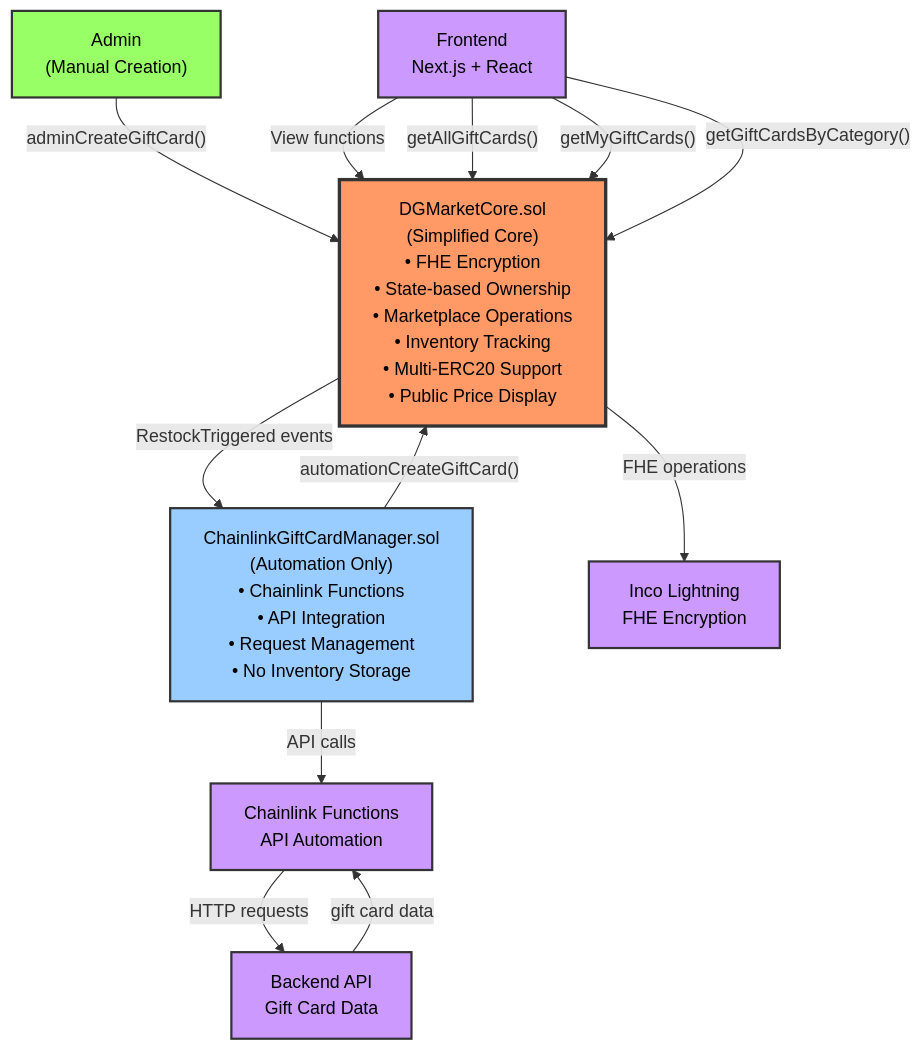
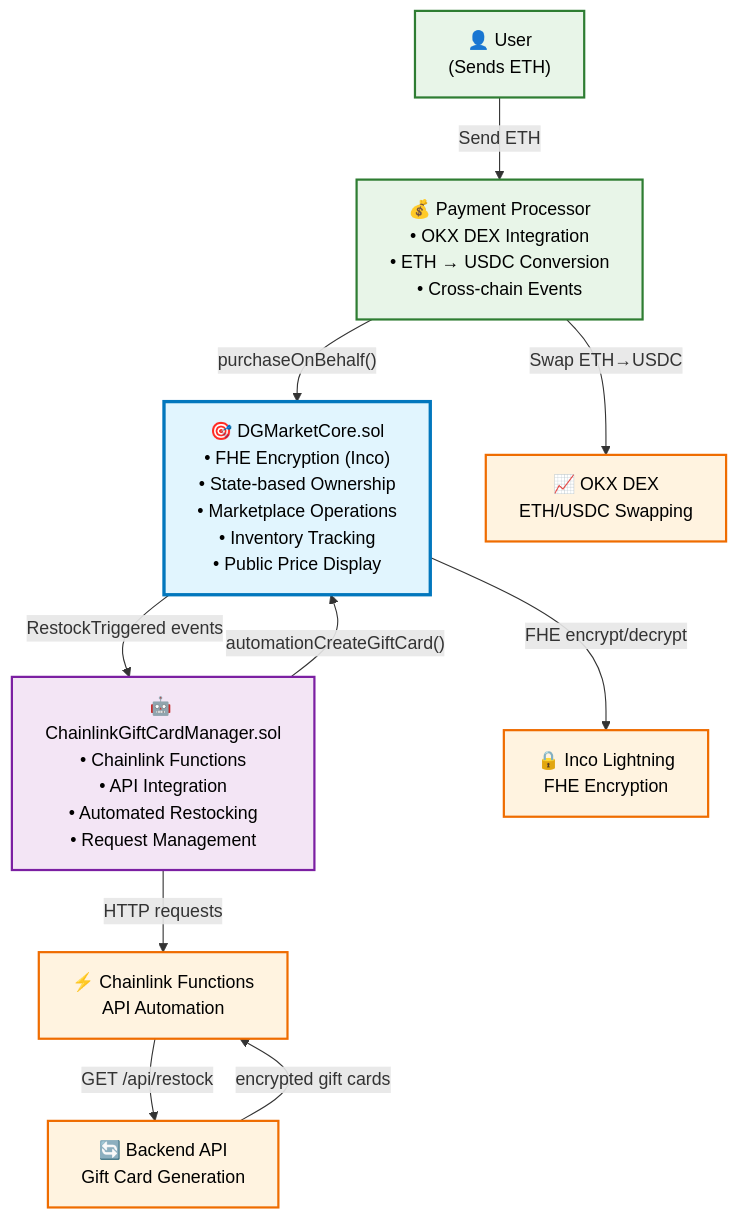
The first of 3 diagrams in contracts/README.md (azhar0406/dgmarket), drawn with Mermaid before and after one commit. The commit also changed other lines of this file and 6 other files, not shown here.

````diff
--- a/contracts/README.md
+++ b/contracts/README.md
@@ -107,40 +19,41 @@
 ```mermaid
 flowchart TD
-    classDef coreContract fill:#f96,stroke:#333,stroke-width:3px,color:#000
-    classDef automationContract fill:#9cf,stroke:#333,stroke-width:2px,color:#000
-    classDef externalService fill:#c9f,stroke:#333,stroke-width:2px,color:#000
-    classDef adminService fill:#9f6,stroke:#333,stroke-width:2px,color:#000
+    classDef coreContract fill:#e1f5fe,stroke:#0277bd,stroke-width:3px,color:#000
+    classDef automationContract fill:#f3e5f5,stroke:#7b1fa2,stroke-width:2px,color:#000
+    classDef externalService fill:#fff3e0,stroke:#ef6c00,stroke-width:2px,color:#000
+    classDef paymentService fill:#e8f5e8,stroke:#2e7d32,stroke-width:2px,color:#000
 
-    Admin["Admin\n(Manual Creation)"]
-    DGMarketCore["DGMarketCore.sol\n(Simplified Core)\n• FHE Encryption\n• State-based Ownership\n• Marketplace Operations\n• Inventory Tracking\n• Multi-ERC20 Support\n• Public Price Display"] 
+    User["👤 User\n(Sends ETH)"]
+    PaymentProcessor["💰 Payment Processor\n• OKX DEX Integration\n• ETH → USDC Conversion\n• Cross-chain Events"]
     
-    ChainlinkManager["ChainlinkGiftCardManager.sol\n(Automation Only)\n• Chainlink Functions\n• API Integration\n• Request Management\n• No Inventory Storage"]
+    DGMarketCore["🎯 DGMarketCore.sol\n• FHE Encryption (Inco)\n• State-based Ownership\n• Marketplace Operations\n• Inventory Tracking\n• Public Price Display"] 
     
-    IncoLightning["Inco Lightning\nFHE Encryption"]
-    ChainlinkFunctions["Chainlink Functions\nAPI Automation"]
-    BackendAPI["Backend API\nGift Card Data"]
-    Frontend["Frontend\nNext.js + React"]
+    ChainlinkManager["🤖 ChainlinkGiftCardManager.sol\n• Chainlink Functions\n• API Integration\n• Automated Restocking\n• Request Management"]
     
-    Admin --> |"adminCreateGiftCard()"| DGMarketCore
+    IncoLightning["🔒 Inco Lightning\nFHE Encryption"]
+    ChainlinkFunctions["⚡ Chainlink Functions\nAPI Automation"]
+    BackendAPI["🔄 Backend API\nGift Card Generation"]
+    OKXDex["📈 OKX DEX\nETH/USDC Swapping"]
+    
+    User --> |"Send ETH"| PaymentProcessor
+    PaymentProcessor --> |"Swap ETH→USDC"| OKXDex
+    PaymentProcessor --> |"purchaseOnBehalf()"| DGMarketCore
+    
     ChainlinkManager --> |"automationCreateGiftCard()"| DGMarketCore
     DGMarketCore --> |"RestockTriggered events"| ChainlinkManager
     
-    DGMarketCore --> |"FHE operations"| IncoLightning
+    DGMarketCore --> |"FHE encrypt/decrypt"| IncoLightning
     
-    ChainlinkManager --> |"API calls"| ChainlinkFunctions
-    ChainlinkFunctions --> |"HTTP requests"| BackendAPI
-    BackendAPI --> |"gift card data"| ChainlinkFunctions
+    ChainlinkManager --> |"HTTP requests"| ChainlinkFunctions
+    ChainlinkFunctions --> |"GET /api/restock"| BackendAPI
+    BackendAPI --> |"encrypted gift cards"| ChainlinkFunctions
     
-    Frontend --> |"View functions"| DGMarketCore
-    Frontend --> |"getAllGiftCards()"| DGMarketCore
-    Frontend --> |"getMyGiftCards()"| DGMarketCore
-    Frontend --> |"getGiftCardsByCategory()"| DGMarketCore
-    
-    Admin:::adminService
+    User:::paymentService
+    PaymentProcessor:::paymentService
     DGMarketCore:::coreContract
     ChainlinkManager:::automationContract
     IncoLightning:::externalService
     ChainlinkFunctions:::externalService
     BackendAPI:::externalService
-    Frontend:::externalService
+    OKXDex:::externalService
 ```
````
